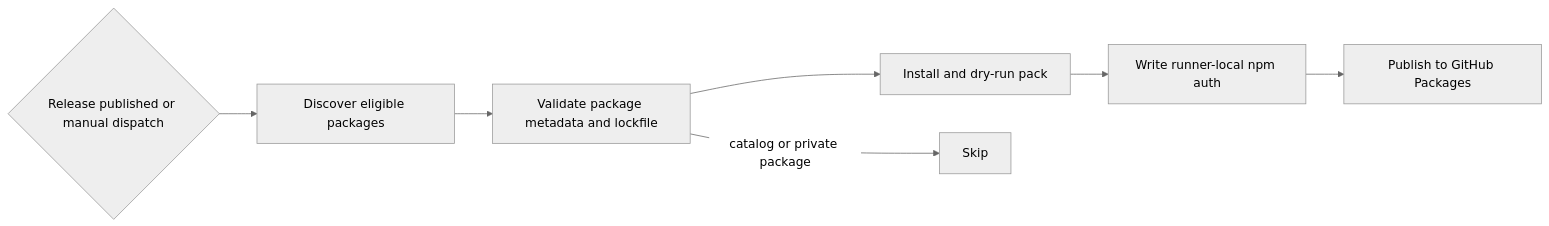
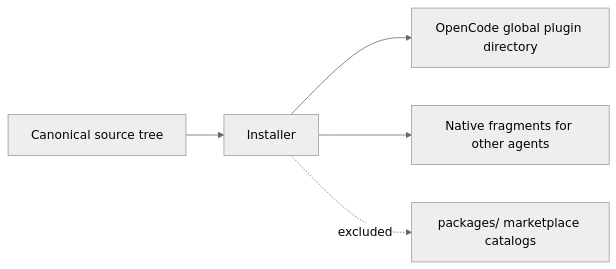
The second of 2 diagrams in docs/developer/research/github-copilot-and-package-distribution.md (HELIX-Origin-Dev/agents-ecosystem), drawn with Mermaid (neutral theme) before and after one commit. The commit also changed other lines of this file and 90 other files, not shown here.

Commit message:
Release v0.2.0: install from canonical source and drop npm packaging

````diff
--- a/docs/developer/research/github-copilot-and-package-distribution.md
+++ b/docs/developer/research/github-copilot-and-package-distribution.md
@@ -87,9 +80,7 @@
 ```mermaid
 flowchart LR
-  T{Release published or manual dispatch} --> D[Discover eligible packages]
-  D --> V[Validate package metadata and lockfile]
-  V --> P[Install and dry-run pack]
-  P --> A[Write runner-local npm auth]
-  A --> G[Publish to GitHub Packages]
-  V -->|catalog or private package| S[Skip]
+  S[Canonical source tree] --> I[Installer]
+  I --> O[OpenCode global plugin directory]
+  I --> N[Native fragments for other agents]
+  I -.->|excluded| P[packages/ marketplace catalogs]
 ```
````
